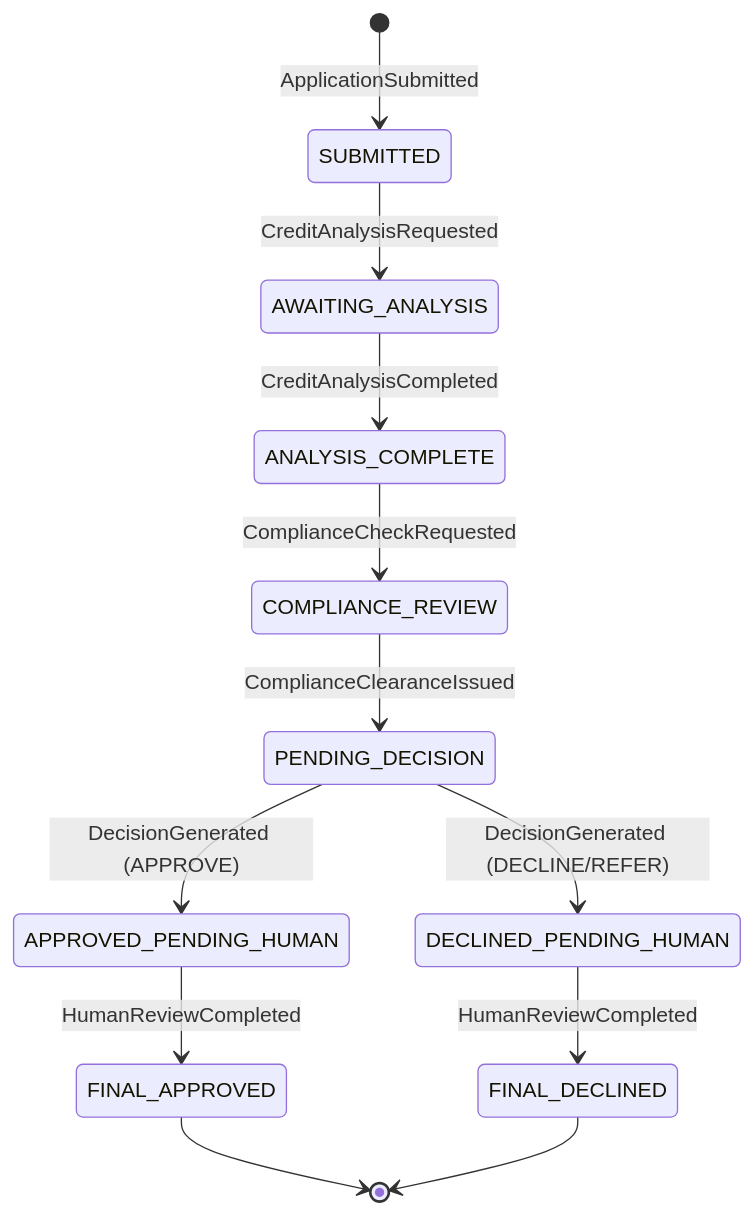
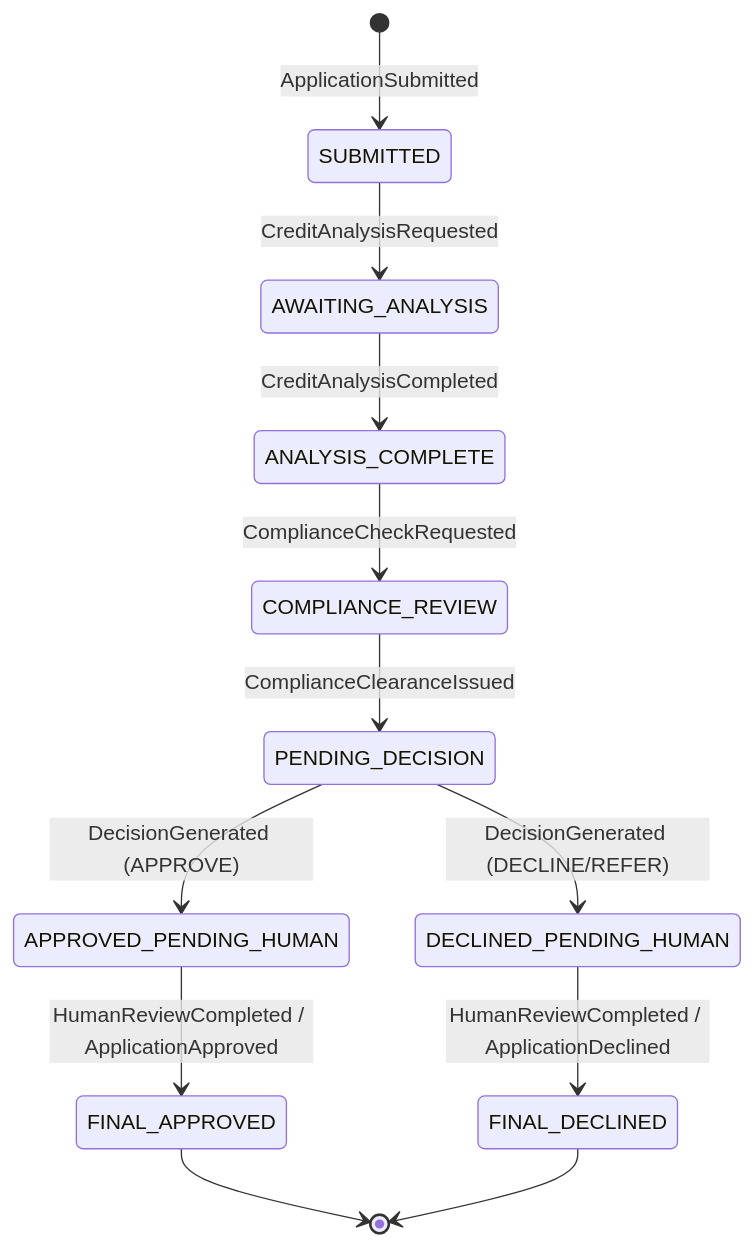
The fourth of 5 diagrams in docs/INTERIM_REPORT.md (Sanoy24/agentic-event-store), drawn with Mermaid before and after one commit. The commit also changed other lines of this file, not shown here.

````diff
--- a/docs/INTERIM_REPORT.md
+++ b/docs/INTERIM_REPORT.md
@@ -133,14 +133,14 @@
 ```mermaid
 stateDiagram-v2
     [*] --> SUBMITTED : ApplicationSubmitted
     SUBMITTED --> AWAITING_ANALYSIS : CreditAnalysisRequested
     AWAITING_ANALYSIS --> ANALYSIS_COMPLETE : CreditAnalysisCompleted
     ANALYSIS_COMPLETE --> COMPLIANCE_REVIEW : ComplianceCheckRequested
     COMPLIANCE_REVIEW --> PENDING_DECISION : ComplianceClearanceIssued
     PENDING_DECISION --> APPROVED_PENDING_HUMAN : DecisionGenerated (APPROVE)
     PENDING_DECISION --> DECLINED_PENDING_HUMAN : DecisionGenerated (DECLINE/REFER)
-    APPROVED_PENDING_HUMAN --> FINAL_APPROVED : HumanReviewCompleted
-    DECLINED_PENDING_HUMAN --> FINAL_DECLINED : HumanReviewCompleted
+    APPROVED_PENDING_HUMAN --> FINAL_APPROVED : HumanReviewCompleted / ApplicationApproved
+    DECLINED_PENDING_HUMAN --> FINAL_DECLINED : HumanReviewCompleted / ApplicationDeclined
     FINAL_APPROVED --> [*]
     FINAL_DECLINED --> [*]
 ```
````
